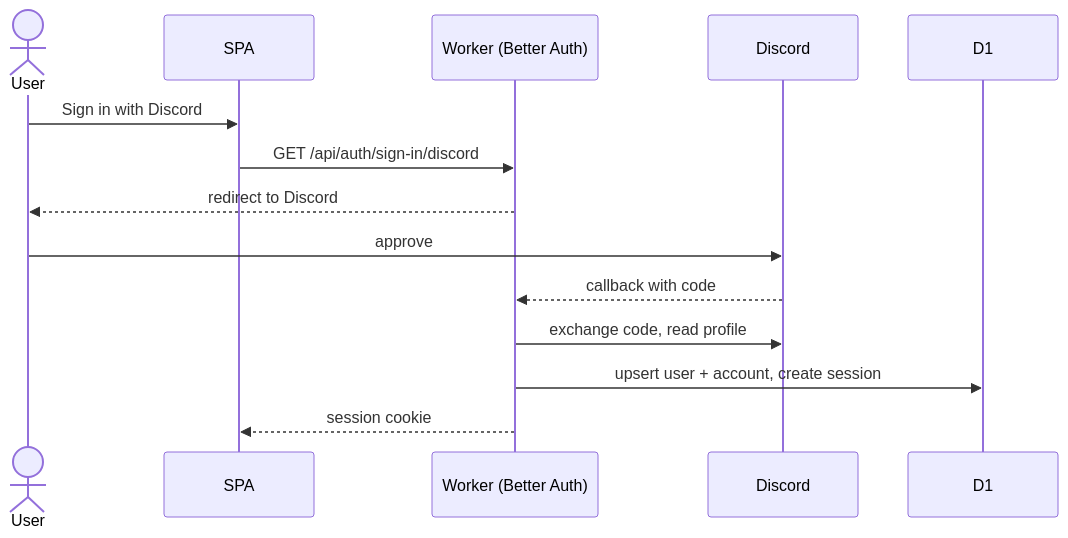
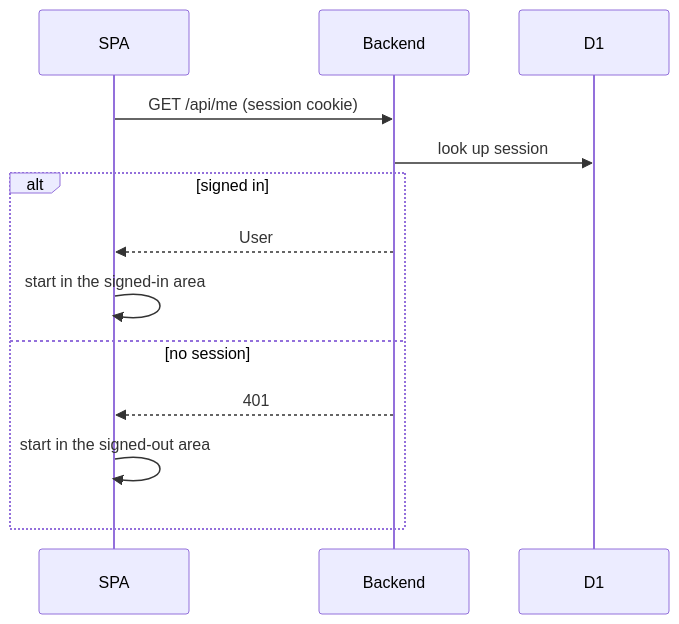
One commit to NichAnti/runebinder changed the third of 7 diagrams in docs/03-data-and-flows.md. Above: the diagram before and after it, drawn with Mermaid. The commit also changed other lines of this file and 3 other files, not shown here.

````diff
--- a/docs/03-data-and-flows.md
+++ b/docs/03-data-and-flows.md
@@ -91,16 +140,15 @@
 ```mermaid
 sequenceDiagram
-  actor U as User
   participant S as SPA
-  participant W as Worker (Better Auth)
-  participant D as Discord
+  participant W as Backend
   participant DB as D1
-  U->>S: Sign in with Discord
-  S->>W: GET /api/auth/sign-in/discord
-  W-->>U: redirect to Discord
-  U->>D: approve
-  D-->>W: callback with code
-  W->>D: exchange code, read profile
-  W->>DB: upsert user + account, create session
-  W-->>S: session cookie
+  S->>W: GET /api/me (session cookie)
+  W->>DB: look up session
+  alt signed in
+    W-->>S: User
+    S->>S: start in the signed-in area
+  else no session
+    W-->>S: 401
+    S->>S: start in the signed-out area
+  end
 ```
````
